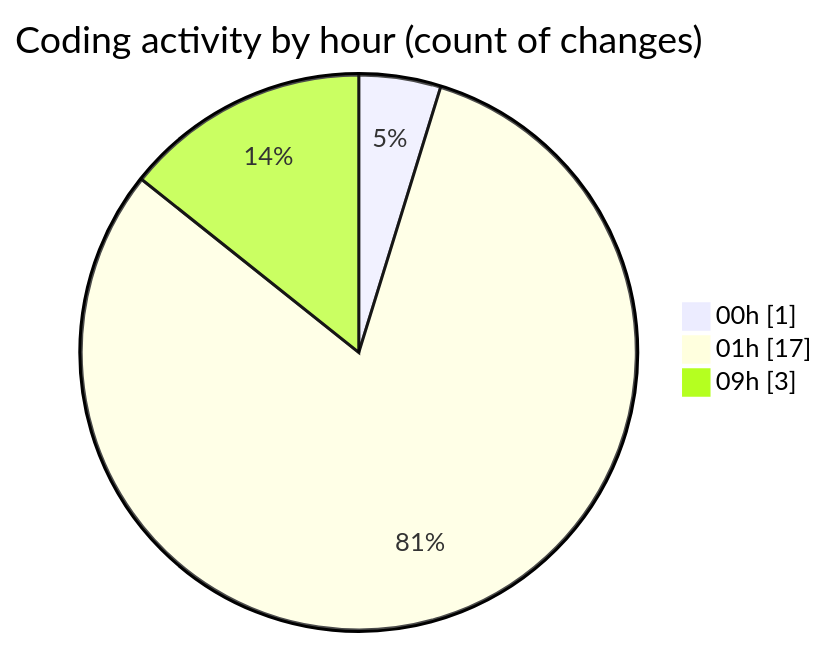
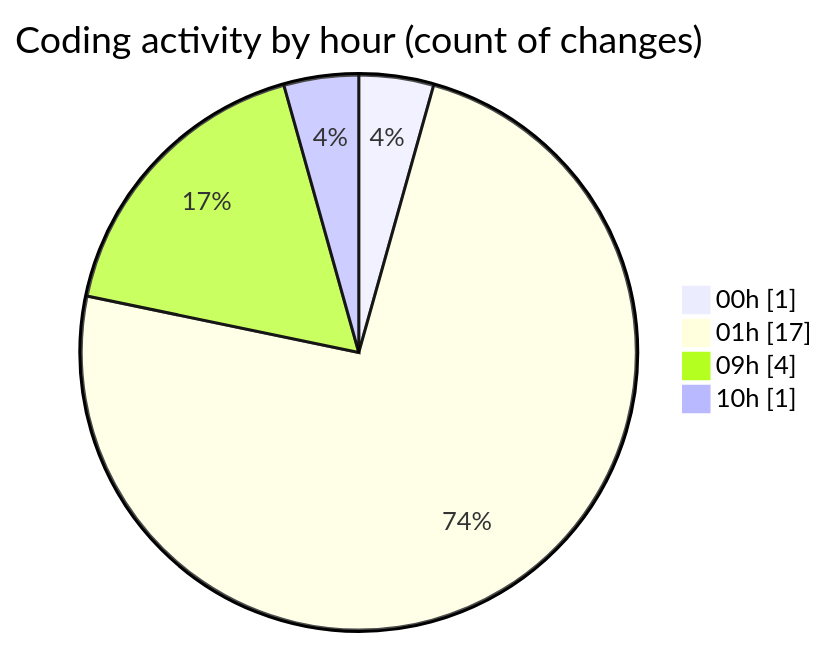
The second of 2 diagrams in 2025-11-01/cdp_aleoudev_fr__workspace_/README.md (julien-gomy/code-tracking), drawn with Mermaid before and after one commit. The commit also changed other lines of this file and 1 other file, not shown here.

````diff
--- a/2025-11-01/cdp_aleoudev_fr__workspace_/README.md
+++ b/2025-11-01/cdp_aleoudev_fr__workspace_/README.md
@@ -32,7 +32,8 @@
 ```mermaid
 pie showData
 title Coding activity by hour (count of changes)
 "00h" : 1
 "01h" : 17
-"09h" : 3
+"09h" : 4
+"10h" : 1
 ```
````
